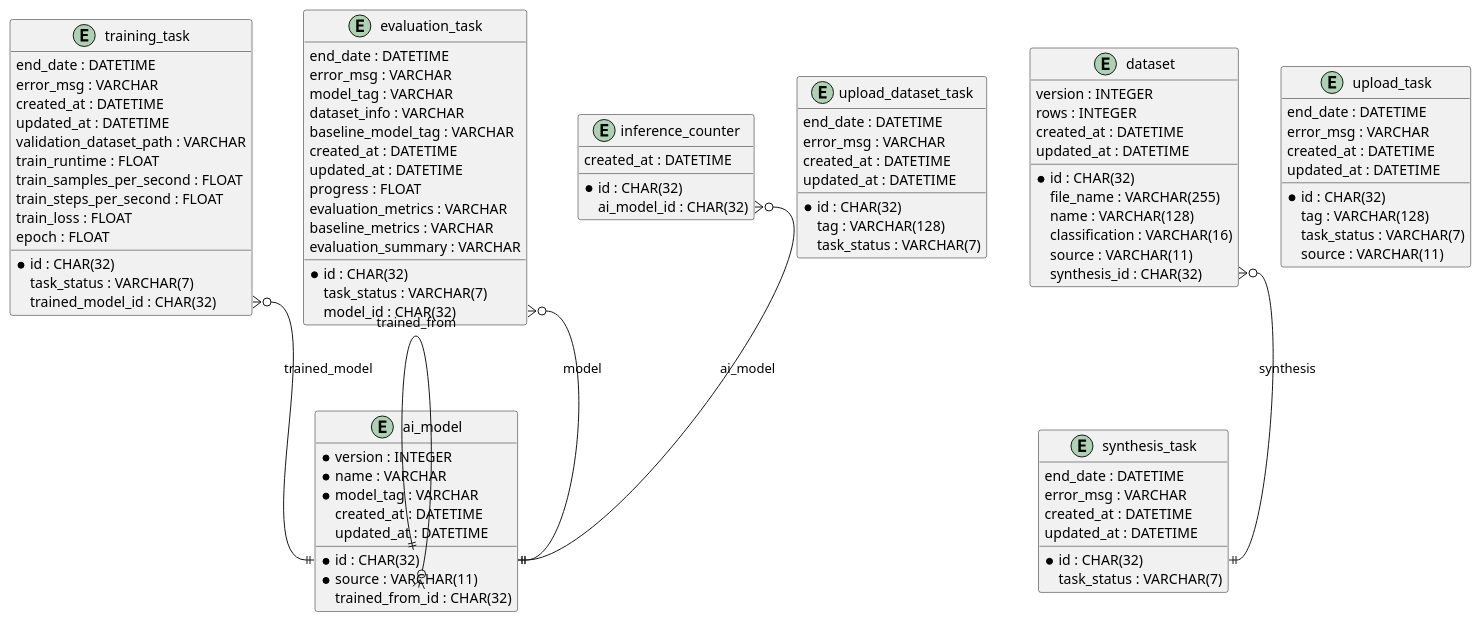
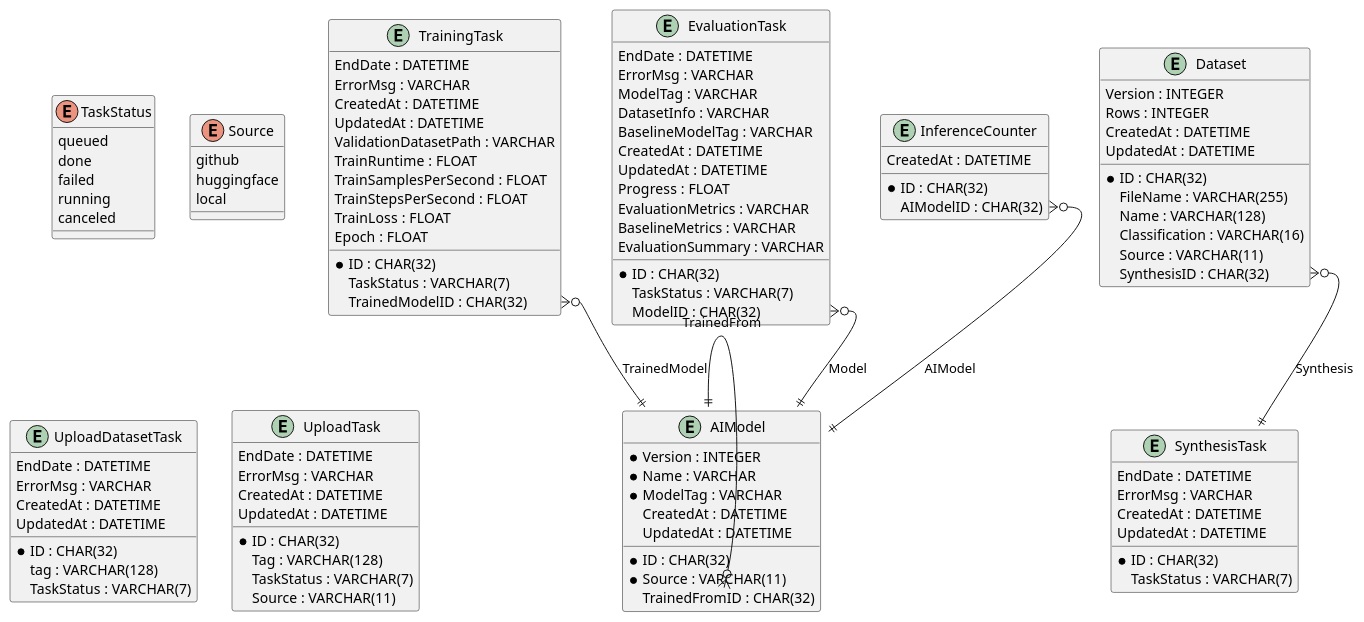
Before and after one commit to Yukasama/txt2vec-service: the diagram in docs/diagrams/src/entity-relation.plantuml, drawn with PlantUML. The commit also changed 1 other file, not shown here.

Commit message:
fixed ER diagramm && bumped up uv lock

```diff
--- a/docs/diagrams/src/entity-relation.plantuml
+++ b/docs/diagrams/src/entity-relation.plantuml
@@ -1,102 +1,116 @@
 @startuml entity-relation
 
-entity ai_model {
-  * id : CHAR(32)
-  * version : INTEGER
-  * name : VARCHAR
-  * model_tag : VARCHAR
-  * source : VARCHAR(11)
-  trained_from_id : CHAR(32)
-  created_at : DATETIME
-  updated_at : DATETIME
+enum TaskStatus {
+  queued
+  done
+  failed
+  running
+  canceled
 }
 
-entity upload_dataset_task {
-  * id : CHAR(32)
-  tag : VARCHAR(128)
-  task_status : VARCHAR(7)
-  end_date : DATETIME
-  error_msg : VARCHAR
-  created_at : DATETIME
-  updated_at : DATETIME
+enum Source {
+  github
+  huggingface
+  local
 }
 
-entity synthesis_task {
-  * id : CHAR(32)
-  task_status : VARCHAR(7)
-  end_date : DATETIME
-  error_msg : VARCHAR
-  created_at : DATETIME
-  updated_at : DATETIME
+entity AIModel {
+  * ID : CHAR(32)
+  * Version : INTEGER
+  * Name : VARCHAR
+  * ModelTag : VARCHAR
+  * Source : VARCHAR(11)
+  TrainedFromID : CHAR(32)
+  CreatedAt : DATETIME
+  UpdatedAt : DATETIME
 }
 
-entity upload_task {
-  * id : CHAR(32)
+entity UploadDatasetTask {
+  * ID : CHAR(32)
   tag : VARCHAR(128)
-  task_status : VARCHAR(7)
-  source : VARCHAR(11)
-  end_date : DATETIME
-  error_msg : VARCHAR
-  created_at : DATETIME
-  updated_at : DATETIME
+  TaskStatus : VARCHAR(7)
+  EndDate : DATETIME
+  ErrorMsg : VARCHAR
+  CreatedAt : DATETIME
+  UpdatedAt : DATETIME
 }
 
-entity dataset {
-  * id : CHAR(32)
-  version : INTEGER
-  file_name : VARCHAR(255)
-  name : VARCHAR(128)
-  classification : VARCHAR(16)
-  rows : INTEGER
-  source : VARCHAR(11)
-  created_at : DATETIME
-  updated_at : DATETIME
-  synthesis_id : CHAR(32)
+entity SynthesisTask {
+  * ID : CHAR(32)
+  TaskStatus : VARCHAR(7)
+  EndDate : DATETIME
+  ErrorMsg : VARCHAR
+  CreatedAt : DATETIME
+  UpdatedAt : DATETIME
 }
 
-entity training_task {
-  * id : CHAR(32)
-  task_status : VARCHAR(7)
-  end_date : DATETIME
-  error_msg : VARCHAR
-  trained_model_id : CHAR(32)
-  created_at : DATETIME
-  updated_at : DATETIME
-  validation_dataset_path : VARCHAR
-  train_runtime : FLOAT
-  train_samples_per_second : FLOAT
-  train_steps_per_second : FLOAT
-  train_loss : FLOAT
-  epoch : FLOAT
+entity UploadTask {
+  * ID : CHAR(32)
+  Tag : VARCHAR(128)
+  TaskStatus : VARCHAR(7)
+  Source : VARCHAR(11)
+  EndDate : DATETIME
+  ErrorMsg : VARCHAR
+  CreatedAt : DATETIME
+  UpdatedAt : DATETIME
 }
 
-entity evaluation_task {
-  * id : CHAR(32)
-  task_status : VARCHAR(7)
-  end_date : DATETIME
-  error_msg : VARCHAR
-  model_id : CHAR(32)
-  model_tag : VARCHAR
-  dataset_info : VARCHAR
-  baseline_model_tag : VARCHAR
-  created_at : DATETIME
-  updated_at : DATETIME
-  progress : FLOAT
-  evaluation_metrics : VARCHAR
-  baseline_metrics : VARCHAR
-  evaluation_summary : VARCHAR
+entity Dataset {
+  * ID : CHAR(32)
+  Version : INTEGER
+  FileName : VARCHAR(255)
+  Name : VARCHAR(128)
+  Classification : VARCHAR(16)
+  Rows : INTEGER
+  Source : VARCHAR(11)
+  CreatedAt : DATETIME
+  UpdatedAt : DATETIME
+  SynthesisID : CHAR(32)
 }
 
-entity inference_counter {
-  * id : CHAR(32)
-  ai_model_id : CHAR(32)
-  created_at : DATETIME
+entity TrainingTask {
+  * ID : CHAR(32)
+  TaskStatus : VARCHAR(7)
+  EndDate : DATETIME
+  ErrorMsg : VARCHAR
+  TrainedModelID : CHAR(32)
+  CreatedAt : DATETIME
+  UpdatedAt : DATETIME
+  ValidationDatasetPath : VARCHAR
+  TrainRuntime : FLOAT
+  TrainSamplesPerSecond : FLOAT
+  TrainStepsPerSecond : FLOAT
+  TrainLoss : FLOAT
+  Epoch : FLOAT
 }
 
-ai_model::trained_from_id }o--|| ai_model::id : trained_from
-dataset::synthesis_id }o--|| synthesis_task::id : synthesis
-training_task::trained_model_id }o--|| ai_model::id : trained_model
-evaluation_task::model_id }o--|| ai_model::id : model
-inference_counter::ai_model_id }o--|| ai_model::id : ai_model
+entity EvaluationTask {
+  * ID : CHAR(32)
+  TaskStatus : VARCHAR(7)
+  EndDate : DATETIME
+  ErrorMsg : VARCHAR
+  ModelID : CHAR(32)
+  ModelTag : VARCHAR
+  DatasetInfo : VARCHAR
+  BaselineModelTag : VARCHAR
+  CreatedAt : DATETIME
+  UpdatedAt : DATETIME
+  Progress : FLOAT
+  EvaluationMetrics : VARCHAR
+  BaselineMetrics : VARCHAR
+  EvaluationSummary : VARCHAR
+}
+
+entity InferenceCounter {
+  * ID : CHAR(32)
+  AIModelID : CHAR(32)
+  CreatedAt : DATETIME
+}
+
+AIModel::TrainedFromID }o--|| AIModel::id : TrainedFrom
+Dataset::SynthesisID }o--|| SynthesisTask::id : Synthesis
+TrainingTask::TrainedModelID }o--|| AIModel::id : TrainedModel
+EvaluationTask::ModelID }o--|| AIModel::id : Model
+InferenceCounter::AIModelID }o--|| AIModel::id : AIModel
 
 @enduml
```
